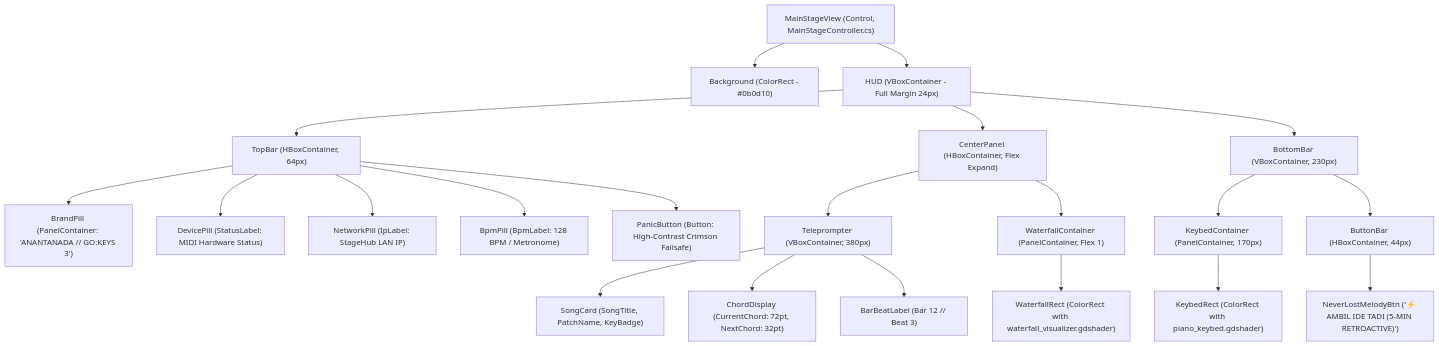
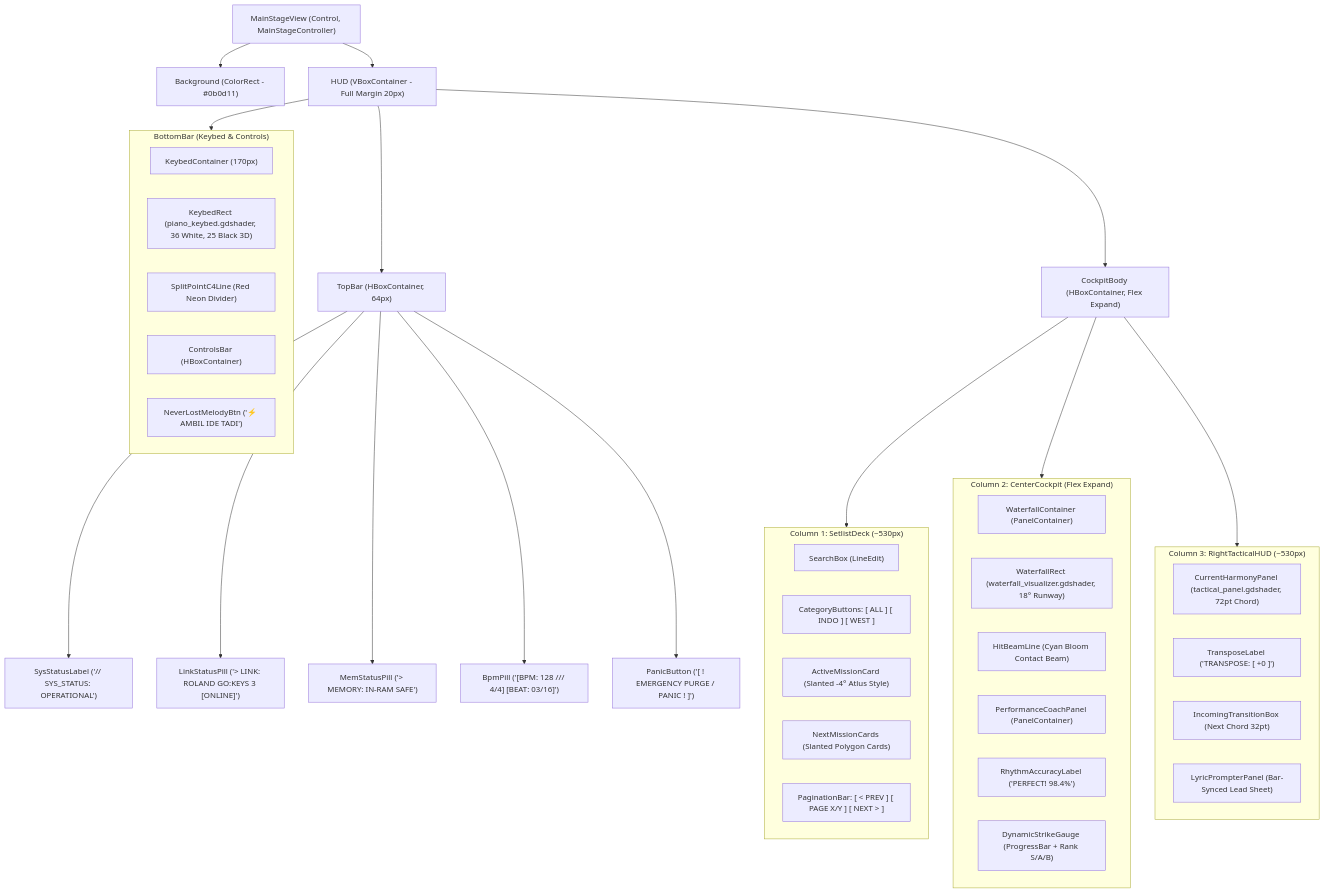
Before and after one commit to y7thangeru/AnantaNada: the diagram in scenes/README.md, drawn with Mermaid. The commit also changed other lines of this file and 115 other files, not shown here.

````diff
--- a/scenes/README.md
+++ b/scenes/README.md
@@ -16,51 +19,63 @@
 ```mermaid
 graph TD
-    Root["MainStageView (Control, MainStageController.cs)"]
-    Bg["Background (ColorRect - #0b0d10)"]
-    HUD["HUD (VBoxContainer - Full Margin 24px)"]
+    Root["MainStageView (Control, MainStageController)"]
+    Bg["Background (ColorRect - #0b0d11)"]
+    HUD["HUD (VBoxContainer - Full Margin 20px)"]
 
     TopBar["TopBar (HBoxContainer, 64px)"]
-    BrandPill["BrandPill (PanelContainer: 'ANANTANADA // GO:KEYS 3')"]
-    DevicePill["DevicePill (StatusLabel: MIDI Hardware Status)"]
-    NetworkPill["NetworkPill (IpLabel: StageHub LAN IP)"]
-    BpmPill["BpmPill (BpmLabel: 128 BPM / Metronome)"]
-    PanicBtn["PanicButton (Button: High-Contrast Crimson Failsafe)"]
+    SysStatus["SysStatusLabel ('// SYS_STATUS: OPERATIONAL')"]
+    LinkPill["LinkStatusPill ('> LINK: ROLAND GO:KEYS 3 [ONLINE]')"]
+    MemPill["MemStatusPill ('> MEMORY: IN-RAM SAFE')"]
+    BpmPill["BpmPill ('[BPM: 128 /// 4/4] [BEAT: 03/16]')"]
+    PanicBtn["PanicButton ('[ ! EMERGENCY PURGE / PANIC ! ]')"]
 
-    CenterPanel["CenterPanel (HBoxContainer, Flex Expand)"]
-    Teleprompter["Teleprompter (VBoxContainer, 380px)"]
-    SongCard["SongCard (SongTitle, PatchName, KeyBadge)"]
-    ChordDisplay["ChordDisplay (CurrentChord: 72pt, NextChord: 32pt)"]
-    BarBeat["BarBeatLabel (Bar 12 // Beat 3)"]
+    CockpitBody["CockpitBody (HBoxContainer, Flex Expand)"]
 
-    WaterfallContainer["WaterfallContainer (PanelContainer, Flex 1)"]
-    WaterfallRect["WaterfallRect (ColorRect with waterfall_visualizer.gdshader)"]
+    subgraph Col1["Column 1: SetlistDeck (~530px)"]
+        SearchBox["SearchBox (LineEdit)"]
+        CatFilters["CategoryButtons: [ ALL ] [ INDO ] [ WEST ]"]
+        ActiveCard["ActiveMissionCard (Slanted -4° Atlus Style)"]
+        NextCards["NextMissionCards (Slanted Polygon Cards)"]
+        Pagination["PaginationBar: [ < PREV ] [ PAGE X/Y ] [ NEXT > ]"]
+    end
 
-    BottomBar["BottomBar (VBoxContainer, 230px)"]
-    KeybedContainer["KeybedContainer (PanelContainer, 170px)"]
-    KeybedRect["KeybedRect (ColorRect with piano_keybed.gdshader)"]
-    ButtonBar["ButtonBar (HBoxContainer, 44px)"]
-    SaveBtn["NeverLostMelodyBtn ('⚡ AMBIL IDE TADI (5-MIN RETROACTIVE)')"]
+    subgraph Col2["Column 2: CenterCockpit (Flex Expand)"]
+        WaterfallContainer["WaterfallContainer (PanelContainer)"]
+        WaterfallRect["WaterfallRect (waterfall_visualizer.gdshader, 18° Runway)"]
+        HitBeam["HitBeamLine (Cyan Bloom Contact Beam)"]
+        CoachPanel["PerformanceCoachPanel (PanelContainer)"]
+        RhythmLabel["RhythmAccuracyLabel ('PERFECT! 98.4%')"]
+        StrikeGauge["DynamicStrikeGauge (ProgressBar + Rank S/A/B)"]
+    end
+
+    subgraph Col3["Column 3: RightTacticalHUD (~530px)"]
+        ChordPanel["CurrentHarmonyPanel (tactical_panel.gdshader, 72pt Chord)"]
+        TransLabel["TransposeLabel ('TRANSPOSE: [ +0 ]')"]
+        TransitionBox["IncomingTransitionBox (Next Chord 32pt)"]
+        LyricPanel["LyricPrompterPanel (Bar-Synced Lead Sheet)"]
+    end
+
+    subgraph Bottom["BottomBar (Keybed & Controls)"]
+        KeybedContainer["KeybedContainer (170px)"]
+        KeybedRect["KeybedRect (piano_keybed.gdshader, 36 White, 25 Black 3D)"]
+        SplitLine["SplitPointC4Line (Red Neon Divider)"]
+        ControlsBar["ControlsBar (HBoxContainer)"]
+        NeverLostBtn["NeverLostMelodyBtn ('⚡ AMBIL IDE TADI')"]
+    end
 
     Root --> Bg
     Root --> HUD
     HUD --> TopBar
-    TopBar --> BrandPill
-    TopBar --> DevicePill
-    TopBar --> NetworkPill
+    TopBar --> SysStatus
+    TopBar --> LinkPill
+    TopBar --> MemPill
     TopBar --> BpmPill
     TopBar --> PanicBtn
 
-    HUD --> CenterPanel
-    CenterPanel --> Teleprompter
-    Teleprompter --> SongCard
-    Teleprompter --> ChordDisplay
-    Teleprompter --> BarBeat
-    CenterPanel --> WaterfallContainer
-    WaterfallContainer --> WaterfallRect
+    HUD --> CockpitBody
+    CockpitBody --> Col1
+    CockpitBody --> Col2
+    CockpitBody --> Col3
 
-    HUD --> BottomBar
-    BottomBar --> KeybedContainer
-    KeybedContainer --> KeybedRect
-    BottomBar --> ButtonBar
-    ButtonBar --> SaveBtn
+    HUD --> Bottom
 ```
````
